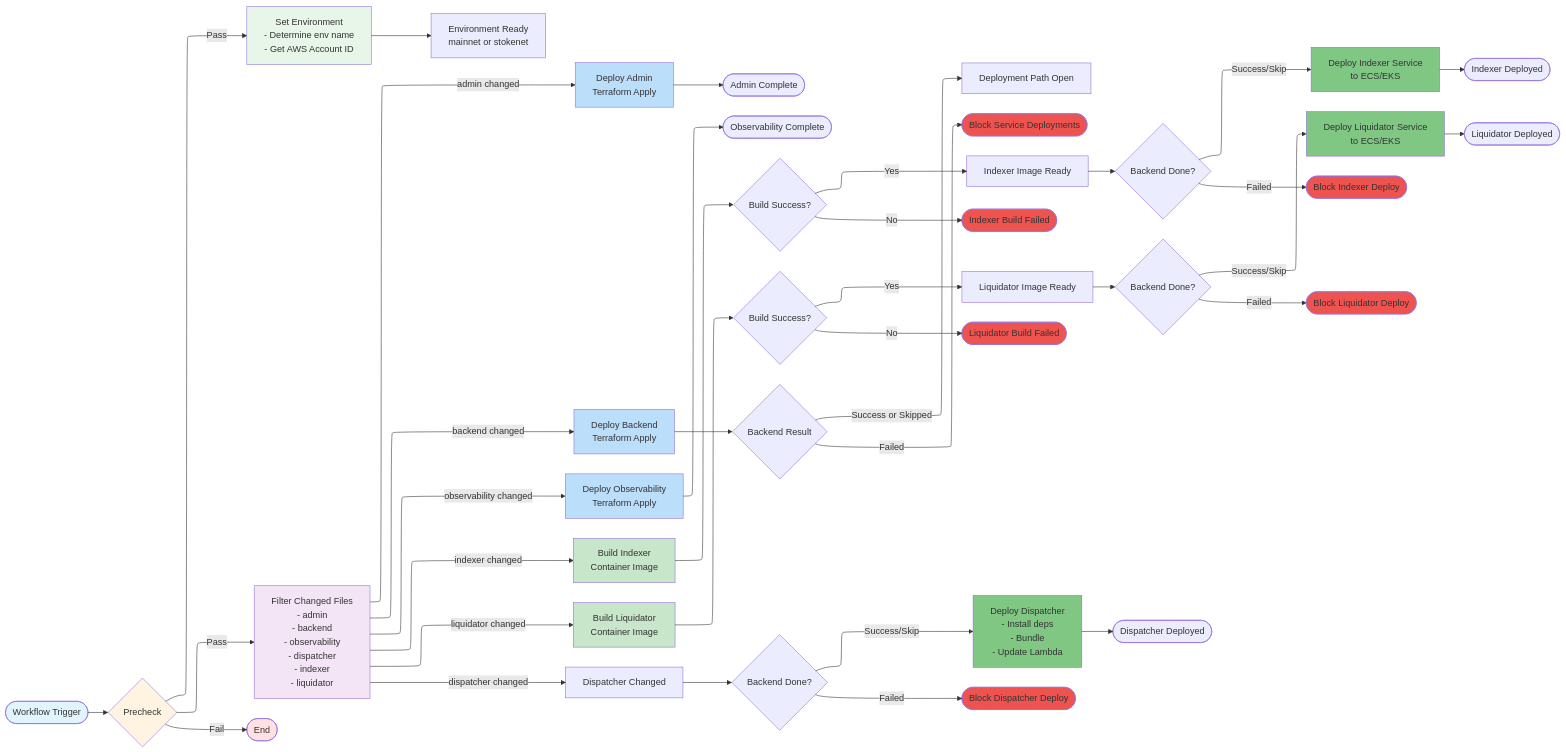
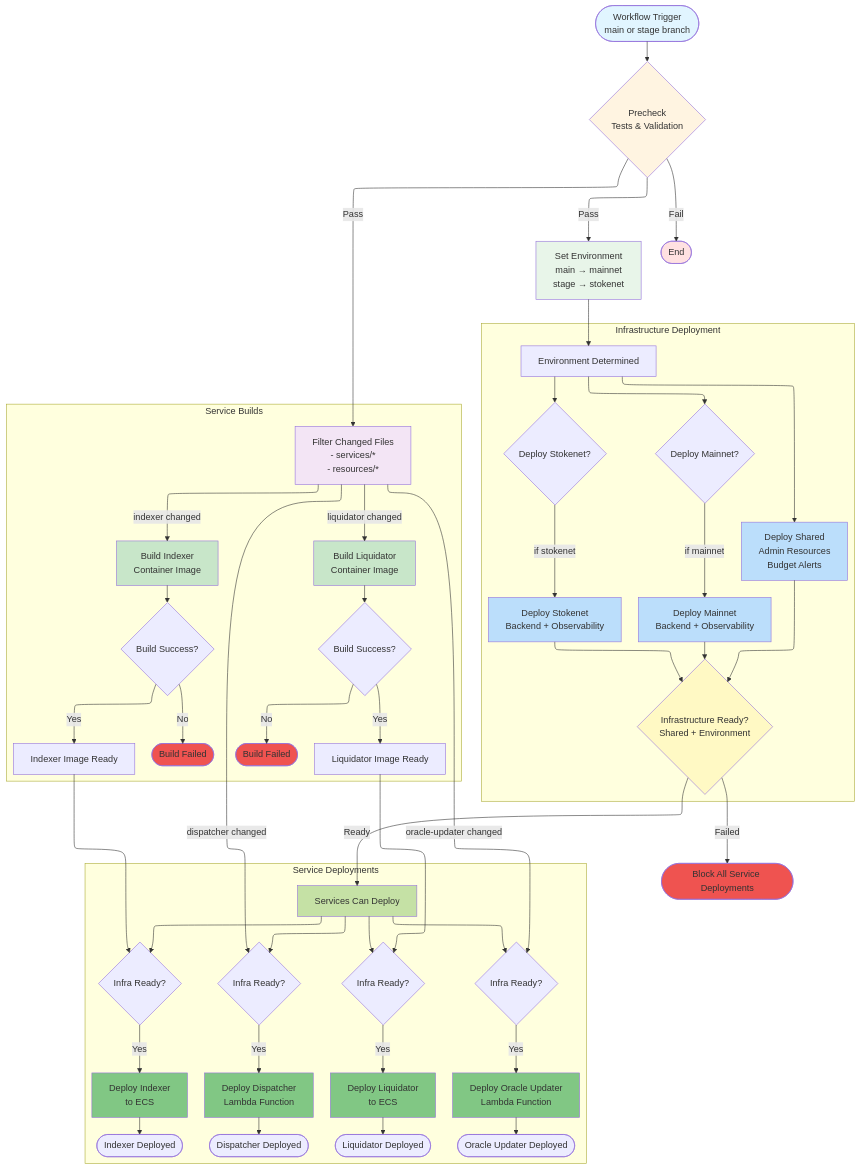
The diagram in .github/pipeline.md (atoumbre/weft-finance-modern), drawn with Mermaid before and after one commit. The commit also changed other lines of this file and 3 other files, not shown here.

Commit message:
docs: Update pipeline overview and diagram; feat: Add deployment concurrency and refine Terraform backend configuration.

````diff
--- a/.github/pipeline.md
+++ b/.github/pipeline.md
@@ -3,58 +44,83 @@
 config:
   layout: elk
 ---
-flowchart LR
-    Start(["Workflow Trigger"]) --> PreCheck{"Precheck"}
-    PreCheck -- Pass --> SetEnv["Set Environment<br>- Determine env name<br>- Get AWS Account ID"] & Filter["Filter Changed Files<br>- admin<br>- backend<br>- observability<br>- dispatcher<br>- indexer<br>- liquidator"]
-    PreCheck -- Fail --> End(["End"])
-    SetEnv --> EnvReady["Environment Ready<br>mainnet or stokenet"]
-    Filter -- admin changed --> DeployAdmin["Deploy Admin<br>Terraform Apply"]
-    Filter -- backend changed --> DeployBackend["Deploy Backend<br>Terraform Apply"]
-    Filter -- observability changed --> DeployObs["Deploy Observability<br>Terraform Apply"]
-    Filter -- indexer changed --> BuildIndexer["Build Indexer<br>Container Image"]
-    Filter -- liquidator changed --> BuildLiquidator["Build Liquidator<br>Container Image"]
-    DeployAdmin --> AdminDone(["Admin Complete"])
-    DeployObs --> ObsDone(["Observability Complete"])
-    BuildIndexer --> BuildIndexerDone{"Build Success?"}
-    BuildLiquidator --> BuildLiquidatorDone{"Build Success?"}
-    DeployBackend --> BackendDone{"Backend Result"}
-    BackendDone -- Success or Skipped --> DeployPath["Deployment Path Open"]
-    BackendDone -- Failed --> BlockDeploy(["Block Service Deployments"])
-    BuildIndexerDone -- Yes --> IndexerReady["Indexer Image Ready"]
-    BuildIndexerDone -- No --> IndexerFailed(["Indexer Build Failed"])
-    BuildLiquidatorDone -- Yes --> LiquidatorReady["Liquidator Image Ready"]
-    BuildLiquidatorDone -- No --> LiquidatorFailed(["Liquidator Build Failed"])
-    IndexerReady --> WaitBackend1{"Backend Done?"}
-    LiquidatorReady --> WaitBackend2{"Backend Done?"}
-    WaitBackend1 -- Success/Skip --> DeployIndexer["Deploy Indexer Service<br>to ECS/EKS"]
-    WaitBackend2 -- Success/Skip --> DeployLiquidator["Deploy Liquidator Service<br>to ECS/EKS"]
-    WaitBackend1 -- Failed --> BlockIndexer(["Block Indexer Deploy"])
-    WaitBackend2 -- Failed --> BlockLiquidator(["Block Liquidator Deploy"])
-    Filter -- dispatcher changed --> DispatcherPath["Dispatcher Changed"]
-    DispatcherPath --> WaitBackend3{"Backend Done?"}
-    WaitBackend3 -- Success/Skip --> DeployDispatcher["Deploy Dispatcher<br>- Install deps<br>- Bundle<br>- Update Lambda"]
-    WaitBackend3 -- Failed --> BlockDispatcher(["Block Dispatcher Deploy"])
-    DeployIndexer --> IndexerComplete(["Indexer Deployed"])
-    DeployLiquidator --> LiquidatorComplete(["Liquidator Deployed"])
-    DeployDispatcher --> DispatcherComplete(["Dispatcher Deployed"])
-
+flowchart TB
+    Start([Workflow Trigger<br/>main or stage branch]) --> PreCheck{Precheck<br/>Tests & Validation}
+    PreCheck -- Pass --> SetEnv[Set Environment<br/>main → mainnet<br/>stage → stokenet]
+    PreCheck -- Pass --> Filter[Filter Changed Files<br/>- services/*<br/>- resources/*]
+    PreCheck -- Fail --> End([End])
+    
+    SetEnv --> EnvReady[Environment Determined]
+    
+    subgraph Infrastructure[Infrastructure Deployment]
+        EnvReady --> DeployShared[Deploy Shared<br/>Admin Resources<br/>Budget Alerts]
+        EnvReady --> DeployMainnet{Deploy Mainnet?}
+        EnvReady --> DeployStokenet{Deploy Stokenet?}
+        
+        DeployMainnet -- if mainnet --> MainnetDeploy[Deploy Mainnet<br/>Backend + Observability]
+        DeployStokenet -- if stokenet --> StokenetDeploy[Deploy Stokenet<br/>Backend + Observability]
+        
+        DeployShared --> InfraGate{Infrastructure Ready?<br/>Shared + Environment}
+        MainnetDeploy --> InfraGate
+        StokenetDeploy --> InfraGate
+    end
+    
+    subgraph Builds[Service Builds]
+        Filter -- indexer changed --> BuildIndexer[Build Indexer<br/>Container Image]
+        Filter -- liquidator changed --> BuildLiquidator[Build Liquidator<br/>Container Image]
+        
+        BuildIndexer --> IndexerReady{Build Success?}
+        BuildLiquidator --> LiquidatorReady{Build Success?}
+        
+        IndexerReady -- Yes --> IndexerImage[Indexer Image Ready]
+        IndexerReady -- No --> IndexerFailed([Build Failed])
+        LiquidatorReady -- Yes --> LiquidatorImage[Liquidator Image Ready]
+        LiquidatorReady -- No --> LiquidatorFailed([Build Failed])
+    end
+    
+    subgraph Deployments[Service Deployments]
+        InfraGate -- Ready --> DeployGate[Services Can Deploy]
+        
+        IndexerImage --> WaitInfra1{Infra Ready?}
+        LiquidatorImage --> WaitInfra2{Infra Ready?}
+        Filter -- dispatcher changed --> WaitInfra3{Infra Ready?}
+        Filter -- oracle-updater changed --> WaitInfra4{Infra Ready?}
+        
+        DeployGate --> WaitInfra1
+        DeployGate --> WaitInfra2
+        DeployGate --> WaitInfra3
+        DeployGate --> WaitInfra4
+        
+        WaitInfra1 -- Yes --> DeployIndexer[Deploy Indexer<br/>to ECS]
+        WaitInfra2 -- Yes --> DeployLiquidator[Deploy Liquidator<br/>to ECS]
+        WaitInfra3 -- Yes --> DeployDispatcher[Deploy Dispatcher<br/>Lambda Function]
+        WaitInfra4 -- Yes --> DeployOracleUpdater[Deploy Oracle Updater<br/>Lambda Function]
+        
+        DeployIndexer --> IndexerComplete([Indexer Deployed])
+        DeployLiquidator --> LiquidatorComplete([Liquidator Deployed])
+        DeployDispatcher --> DispatcherComplete([Dispatcher Deployed])
+        DeployOracleUpdater --> OracleComplete([Oracle Updater Deployed])
+    end
+    
+    InfraGate -- Failed --> BlockDeploy([Block All Service Deployments])
+    
     style Start fill:#e1f5ff
     style PreCheck fill:#fff4e1
     style SetEnv fill:#e8f5e9
     style Filter fill:#f3e5f5
     style End fill:#ffe1e1
-    style DeployAdmin fill:#bbdefb
-    style DeployBackend fill:#bbdefb
-    style DeployObs fill:#bbdefb
+    style DeployShared fill:#bbdefb
+    style MainnetDeploy fill:#bbdefb
+    style StokenetDeploy fill:#bbdefb
+    style InfraGate fill:#fff9c4
     style BuildIndexer fill:#c8e6c9
     style BuildLiquidator fill:#c8e6c9
+    style DeployIndexer fill:#81c784
+    style DeployLiquidator fill:#81c784
+    style DeployDispatcher fill:#81c784
+    style DeployOracleUpdater fill:#81c784
     style BlockDeploy fill:#ef5350
     style IndexerFailed fill:#ef5350
     style LiquidatorFailed fill:#ef5350
-    style DeployIndexer fill:#81c784
-    style DeployLiquidator fill:#81c784
-    style BlockIndexer fill:#ef5350
-    style BlockLiquidator fill:#ef5350
-    style DeployDispatcher fill:#81c784
-    style BlockDispatcher fill:#ef5350
+    style DeployGate fill:#c5e1a5
 ```
````
